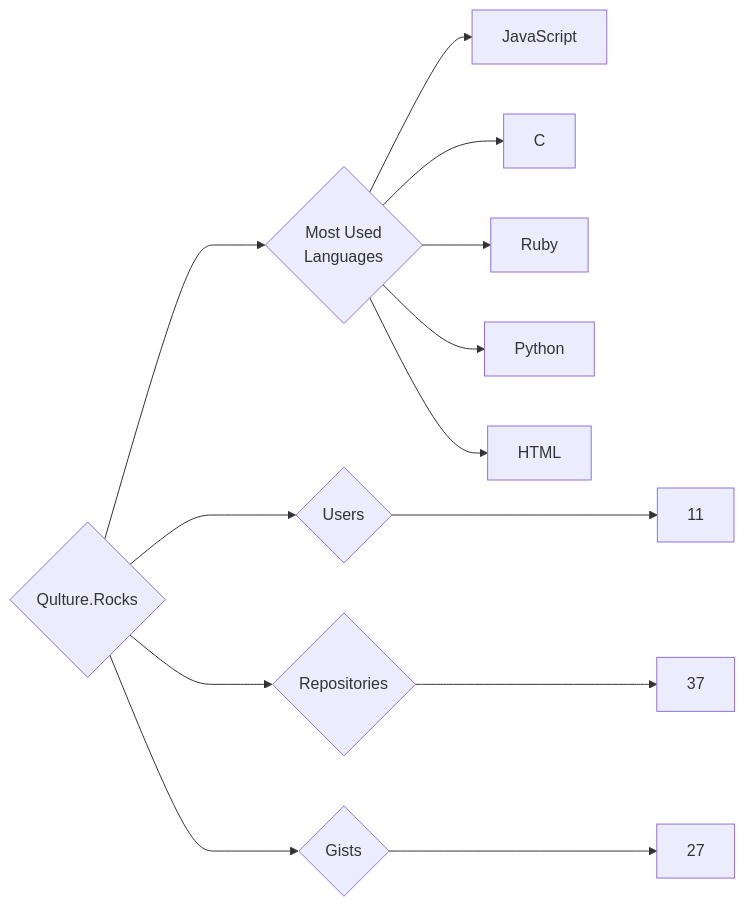
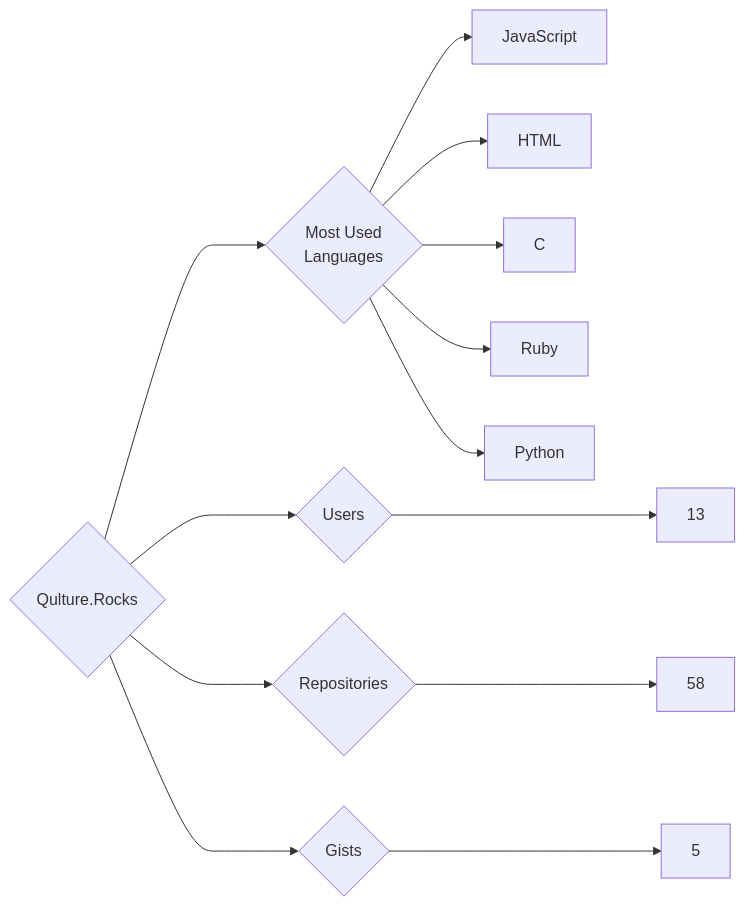
One commit to trickest/insiders changed the diagram in targets/Qulture.Rocks/README.md. Above: the diagram before and after it, drawn with Mermaid. The commit also changed 995 other files, not shown here.

````diff
--- a/targets/Qulture.Rocks/README.md
+++ b/targets/Qulture.Rocks/README.md
@@ -3,13 +3,13 @@
 ```mermaid
 graph LR
 COMPANY_NAME{Qulture.Rocks}
-COMPANY_NAME ---> U{Users} ---> UN[11]
-COMPANY_NAME ---> R{Repositories} ---> RN[37]
-COMPANY_NAME ---> G{Gists} ---> GN[27]
+COMPANY_NAME ---> U{Users} ---> UN[13]
+COMPANY_NAME ---> R{Repositories} ---> RN[58]
+COMPANY_NAME ---> G{Gists} ---> GN[5]
 COMPANY_NAME ---> ML{Most Used<br>Languages}
 ML --> JavaScript[JavaScript]
+ML --> HTML[HTML]
 ML --> C[C]
 ML --> Ruby[Ruby]
 ML --> Python[Python]
-ML --> HTML[HTML]
 ```
````
